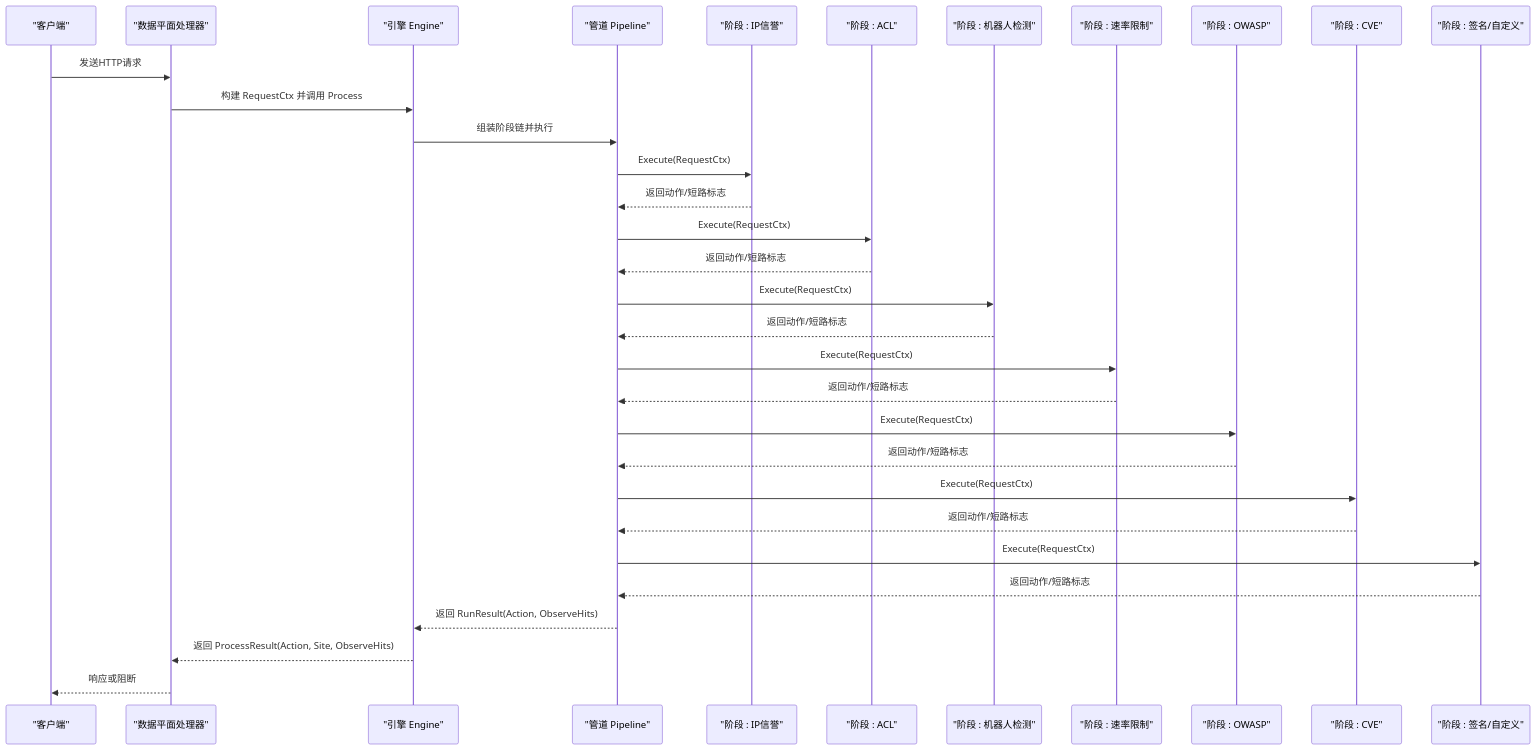
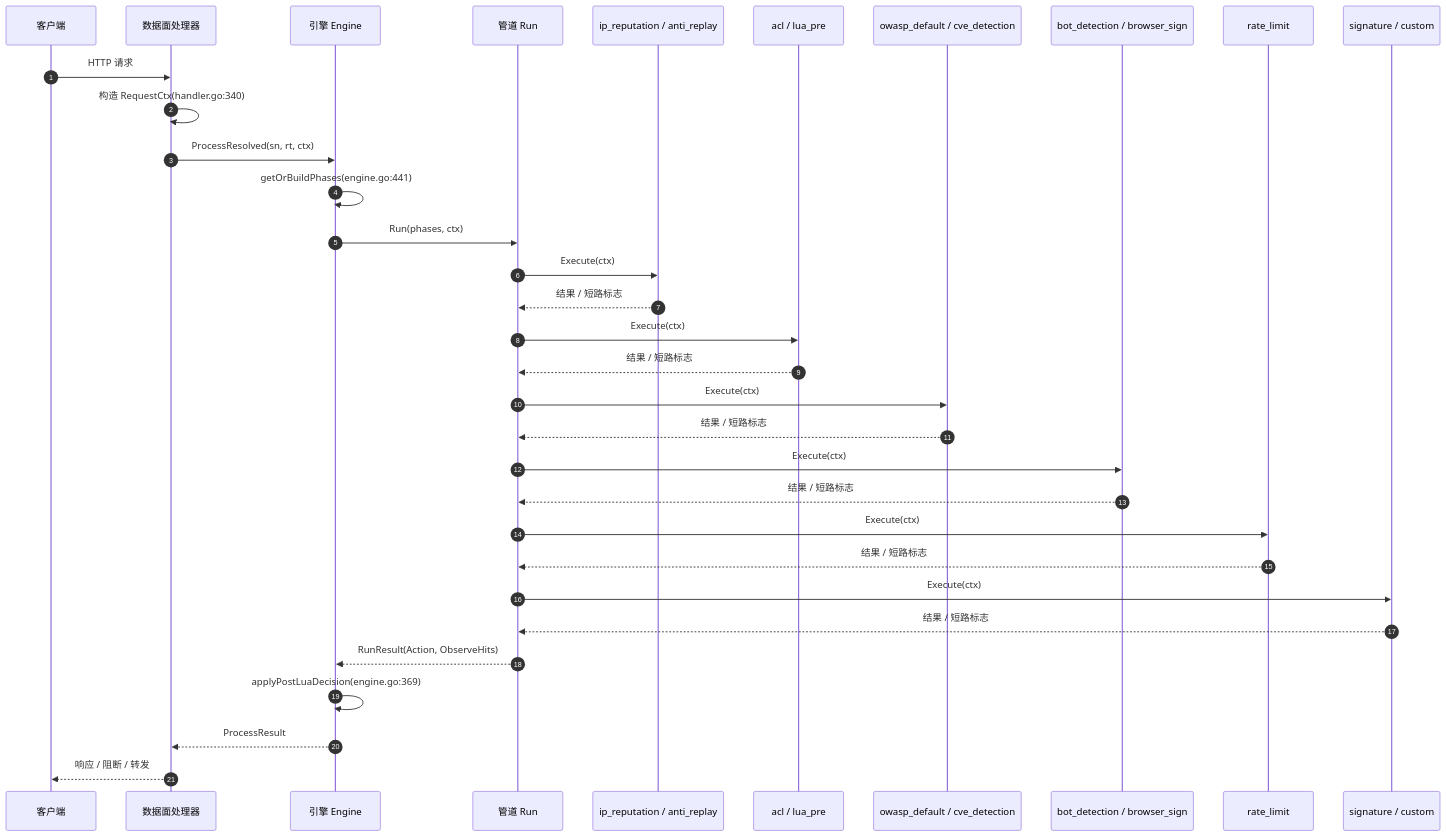
The third of 9 diagrams in docs/WAF 引擎系统/引擎核心架构/管道执行机制.md (x01n/My-OpenWaf), drawn with Mermaid before and after one commit. The commit also changed other lines of this file and 622 other files, not shown here.

````diff
--- a/docs/WAF 引擎系统/引擎核心架构/管道执行机制.md
+++ b/docs/WAF 引擎系统/引擎核心架构/管道执行机制.md
@@ -106,34 +193,35 @@
 ```mermaid
 sequenceDiagram
-participant Client as "客户端"
-participant DP as "数据平面处理器"
-participant ENG as "引擎 Engine"
-participant PIPE as "管道 Pipeline"
-participant PH1 as "阶段 : IP信誉"
-participant PH2 as "阶段 : ACL"
-participant PH3 as "阶段 : 机器人检测"
-participant PH4 as "阶段 : 速率限制"
-participant PH5 as "阶段 : OWASP"
-participant PH6 as "阶段 : CVE"
-participant PH7 as "阶段 : 签名/自定义"
-Client->>DP : 发送HTTP请求
-DP->>ENG : 构建 RequestCtx 并调用 Process
-ENG->>PIPE : 组装阶段链并执行
-PIPE->>PH1 : Execute(RequestCtx)
-PH1-->>PIPE : 返回动作/短路标志
-PIPE->>PH2 : Execute(RequestCtx)
-PH2-->>PIPE : 返回动作/短路标志
-PIPE->>PH3 : Execute(RequestCtx)
-PH3-->>PIPE : 返回动作/短路标志
-PIPE->>PH4 : Execute(RequestCtx)
-PH4-->>PIPE : 返回动作/短路标志
-PIPE->>PH5 : Execute(RequestCtx)
-PH5-->>PIPE : 返回动作/短路标志
-PIPE->>PH6 : Execute(RequestCtx)
-PH6-->>PIPE : 返回动作/短路标志
-PIPE->>PH7 : Execute(RequestCtx)
-PH7-->>PIPE : 返回动作/短路标志
-PIPE-->>ENG : 返回 RunResult(Action, ObserveHits)
-ENG-->>DP : 返回 ProcessResult(Action, Site, ObserveHits)
-DP-->>Client : 响应或阻断
+autonumber
+participant Client as 客户端
+participant DP as 数据面处理器
+participant ENG as 引擎 Engine
+participant PIPE as 管道 Run
+participant PH1 as ip_reputation / anti_replay
+participant PH2 as acl / lua_pre
+participant PH3 as owasp_default / cve_detection
+participant PH4 as bot_detection / browser_sign
+participant PH5 as rate_limit
+participant PH6 as signature / custom
+Client->>DP : HTTP 请求
+DP->>DP : 构造 RequestCtx(handler.go:340)
+DP->>ENG : ProcessResolved(sn, rt, ctx)
+ENG->>ENG : getOrBuildPhases(engine.go:441)
+ENG->>PIPE : Run(phases, ctx)
+PIPE->>PH1 : Execute(ctx)
+PH1-->>PIPE : 结果 / 短路标志
+PIPE->>PH2 : Execute(ctx)
+PH2-->>PIPE : 结果 / 短路标志
+PIPE->>PH3 : Execute(ctx)
+PH3-->>PIPE : 结果 / 短路标志
+PIPE->>PH4 : Execute(ctx)
+PH4-->>PIPE : 结果 / 短路标志
+PIPE->>PH5 : Execute(ctx)
+PH5-->>PIPE : 结果 / 短路标志
+PIPE->>PH6 : Execute(ctx)
+PH6-->>PIPE : 结果 / 短路标志
+PIPE-->>ENG : RunResult(Action, ObserveHits)
+ENG->>ENG : applyPostLuaDecision(engine.go:369)
+ENG-->>DP : ProcessResult
+DP-->>Client : 响应 / 阻断 / 转发
 ```
````
